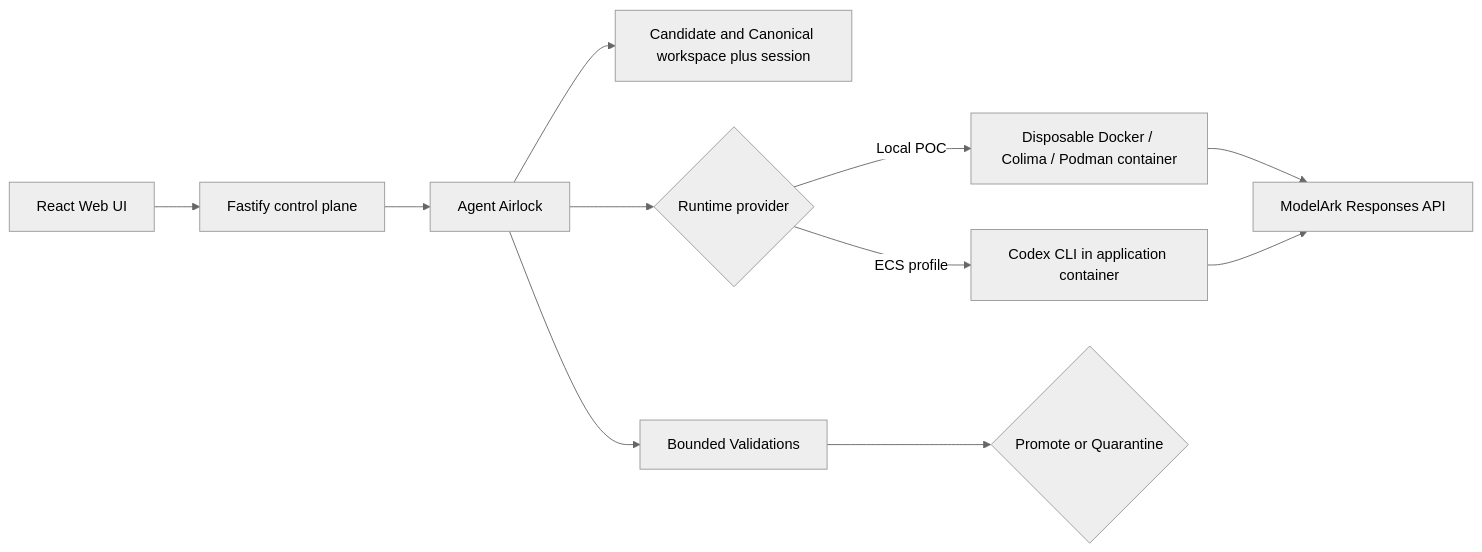
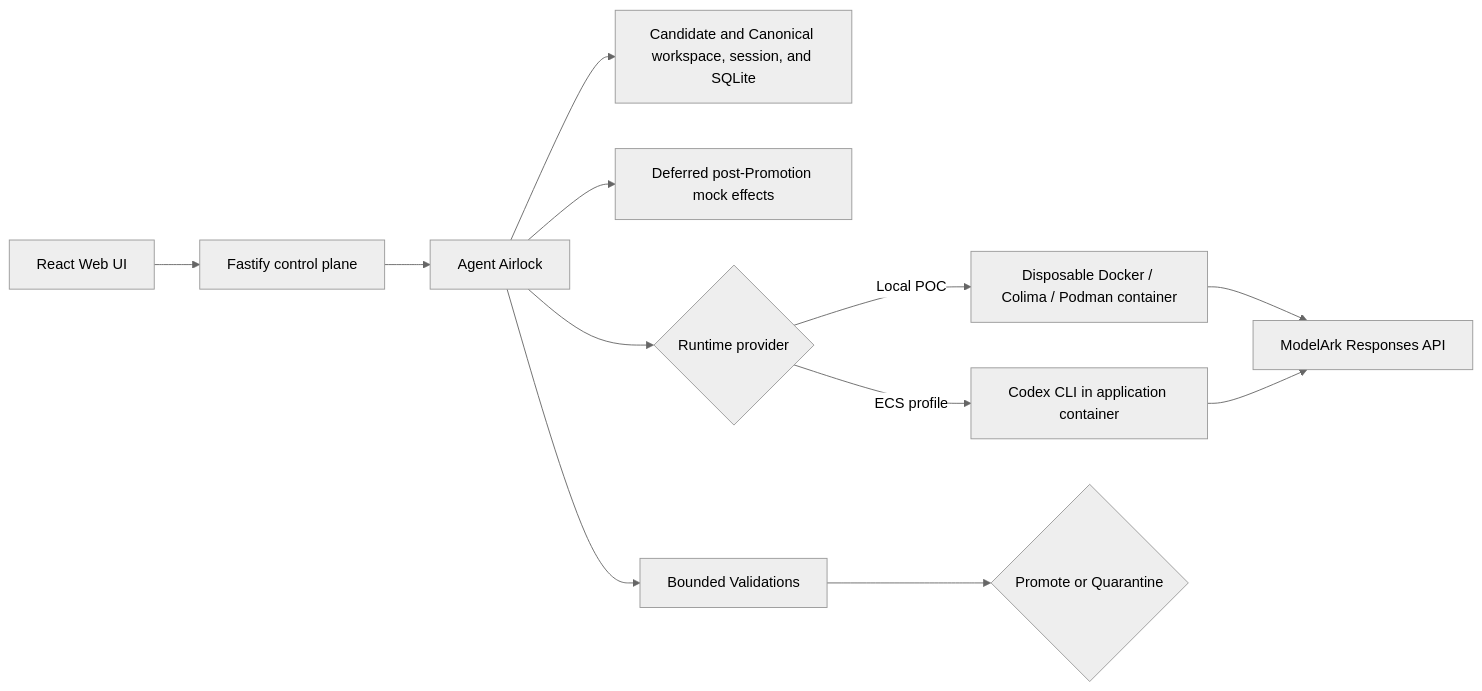
The diagram in README.md (Kk120306/agent-airlock), drawn with Mermaid (neutral theme) before and after one commit. The commit also changed other lines of this file and 35 other files, not shown here.

````diff
--- a/README.md
+++ b/README.md
@@ -223,13 +228,14 @@
 ```mermaid
 flowchart LR
     UI["React Web UI"] --> API["Fastify control plane"]
     API --> Airlock["Agent Airlock"]
-    Airlock --> Store["Candidate and Canonical workspace plus session"]
+    Airlock --> Store["Candidate and Canonical workspace, session, and SQLite"]
+    Airlock --> Effects["Deferred post-Promotion mock effects"]
     Airlock --> Runtime{"Runtime provider"}
     Runtime -->|Local POC| Container["Disposable Docker / Colima / Podman container"]
     Runtime -->|ECS profile| Codex["Codex CLI in application container"]
     Airlock --> Validate["Bounded Validations"]
     Validate --> Decision{"Promote or Quarantine"}
     Container --> Ark["ModelArk Responses API"]
     Codex --> Ark
 ```
````
